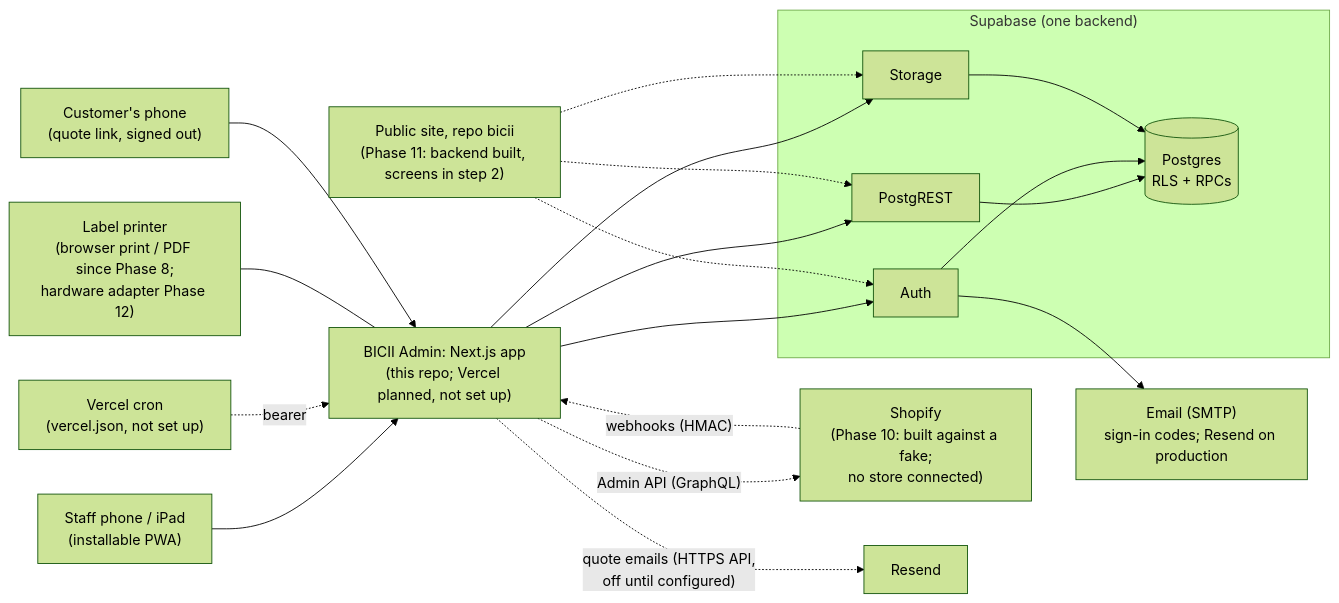
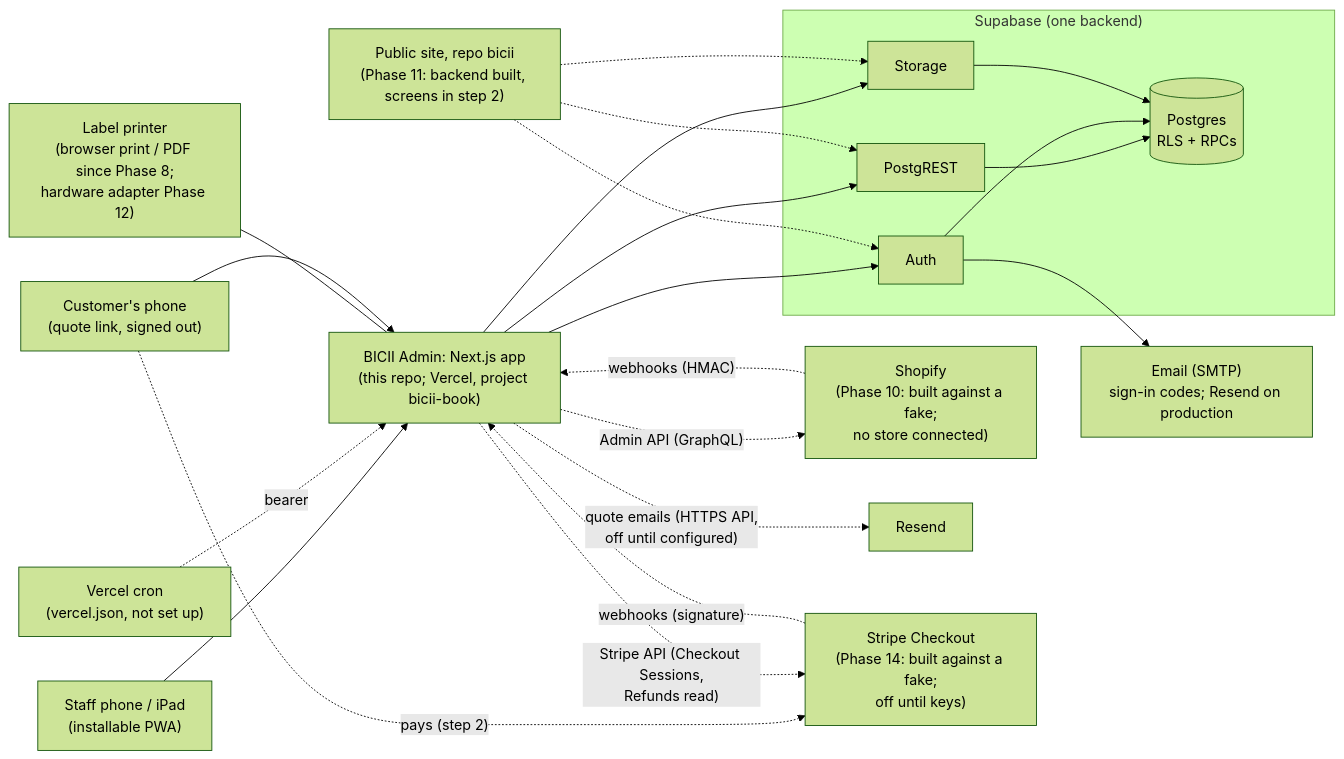
One commit to georgieboys/bicii-book changed the diagram in docs/ARCHITECTURE.md. Above: the diagram before and after it, drawn with Mermaid (forest theme). The commit also changed other lines of this file and 41 other files, not shown here.

````diff
--- a/docs/ARCHITECTURE.md
+++ b/docs/ARCHITECTURE.md
@@ -18,26 +18,30 @@
 ```mermaid
 flowchart LR
-  staff["Staff phone / iPad<br/>(installable PWA)"] --> app["BICII Admin: Next.js app<br/>(this repo; Vercel planned, not set up)"]
+  staff["Staff phone / iPad<br/>(installable PWA)"] --> app["BICII Admin: Next.js app<br/>(this repo; Vercel, project bicii-book)"]
   app --> auth
   app --> rest
   app --> storage
   subgraph supabase["Supabase (one backend)"]
     auth["Auth"]
     rest["PostgREST"]
     storage["Storage"]
     db[("Postgres<br/>RLS + RPCs")]
     rest --> db
     auth --> db
     storage --> db
   end
   public["Public site, repo bicii<br/>(Phase 11: backend built, screens in step 2)"] -.-> rest
   public -.-> auth
   public -.-> storage
   shopify["Shopify<br/>(Phase 10: built against a fake;<br/>no store connected)"] -. "webhooks (HMAC)" .-> app
   app -. "Admin API (GraphQL)" .-> shopify
   cron["Vercel cron<br/>(vercel.json, not set up)"] -. "bearer" .-> app
   printer["Label printer<br/>(browser print / PDF since Phase 8;<br/>hardware adapter Phase 12)"] --- app
   auth --> mail["Email (SMTP)<br/>sign-in codes; Resend on production"]
   customer["Customer's phone<br/>(quote link, signed out)"] --> app
   app -. "quote emails (HTTPS API,<br/>off until configured)" .-> resend["Resend"]
+  stripe["Stripe Checkout<br/>(Phase 14: built against a fake;<br/>off until keys)"]
+  customer -. "pays (step 2)" .-> stripe
+  app -. "Stripe API (Checkout Sessions,<br/>Refunds read)" .-> stripe
+  stripe -. "webhooks (signature)" .-> app
 ```
````
